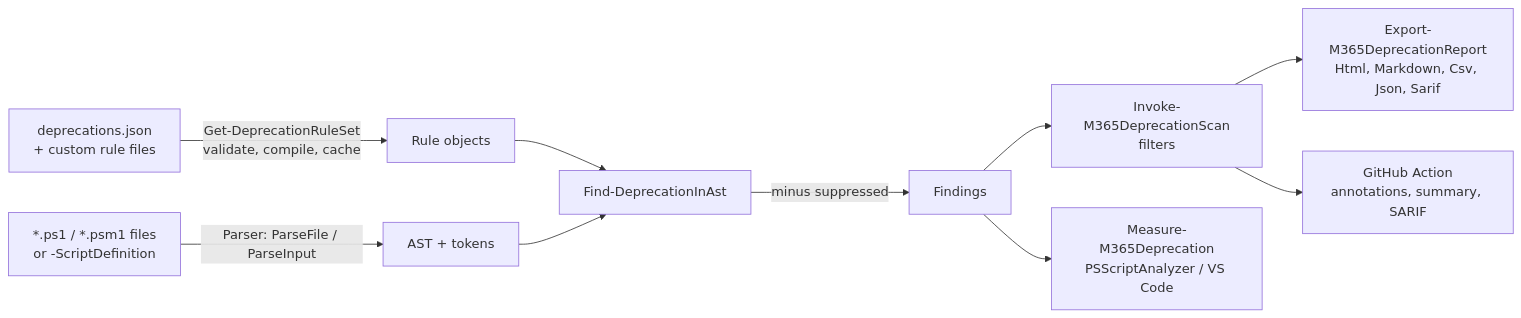
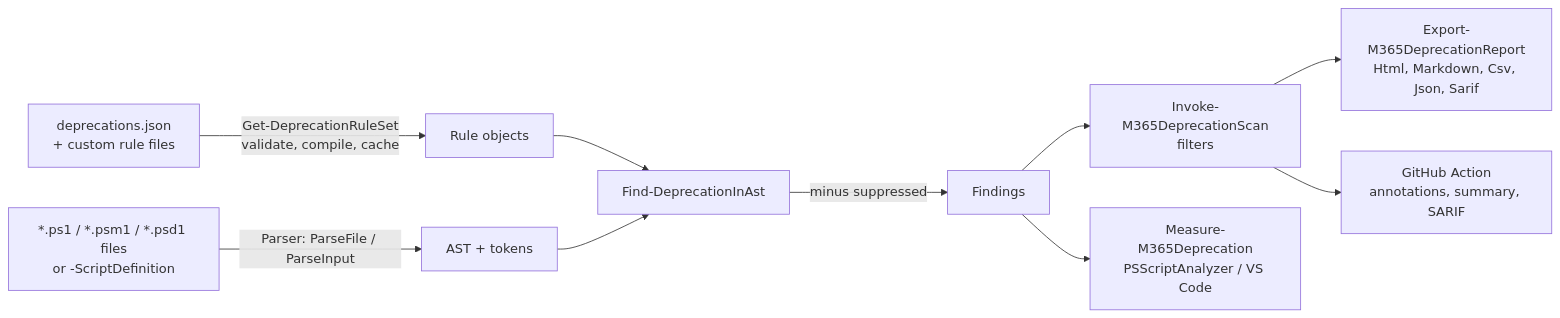
The diagram in docs/how-it-works.md (matejpaunovski/M365DeprecationScanner), drawn with Mermaid before and after one commit. The commit also changed other lines of this file and 14 other files, not shown here.

````diff
--- a/docs/how-it-works.md
+++ b/docs/how-it-works.md
@@ -14,12 +14,12 @@
 ```mermaid
 flowchart LR
     A["deprecations.json<br/>+ custom rule files"] -->|"Get-DeprecationRuleSet<br/>validate, compile, cache"| R["Rule objects"]
-    S["*.ps1 / *.psm1 files<br/>or -ScriptDefinition"] -->|"Parser: ParseFile / ParseInput"| T["AST + tokens"]
+    S["*.ps1 / *.psm1 / *.psd1 files<br/>or -ScriptDefinition"] -->|"Parser: ParseFile / ParseInput"| T["AST + tokens"]
     R --> E["Find-DeprecationInAst"]
     T --> E
     E -->|"minus suppressed"| F["Findings"]
     F --> C["Invoke-M365DeprecationScan<br/>filters"]
     F --> P["Measure-M365Deprecation<br/>PSScriptAnalyzer / VS Code"]
     C --> X["Export-M365DeprecationReport<br/>Html, Markdown, Csv, Json, Sarif"]
     C --> G["GitHub Action<br/>annotations, summary, SARIF"]
 ```
````
